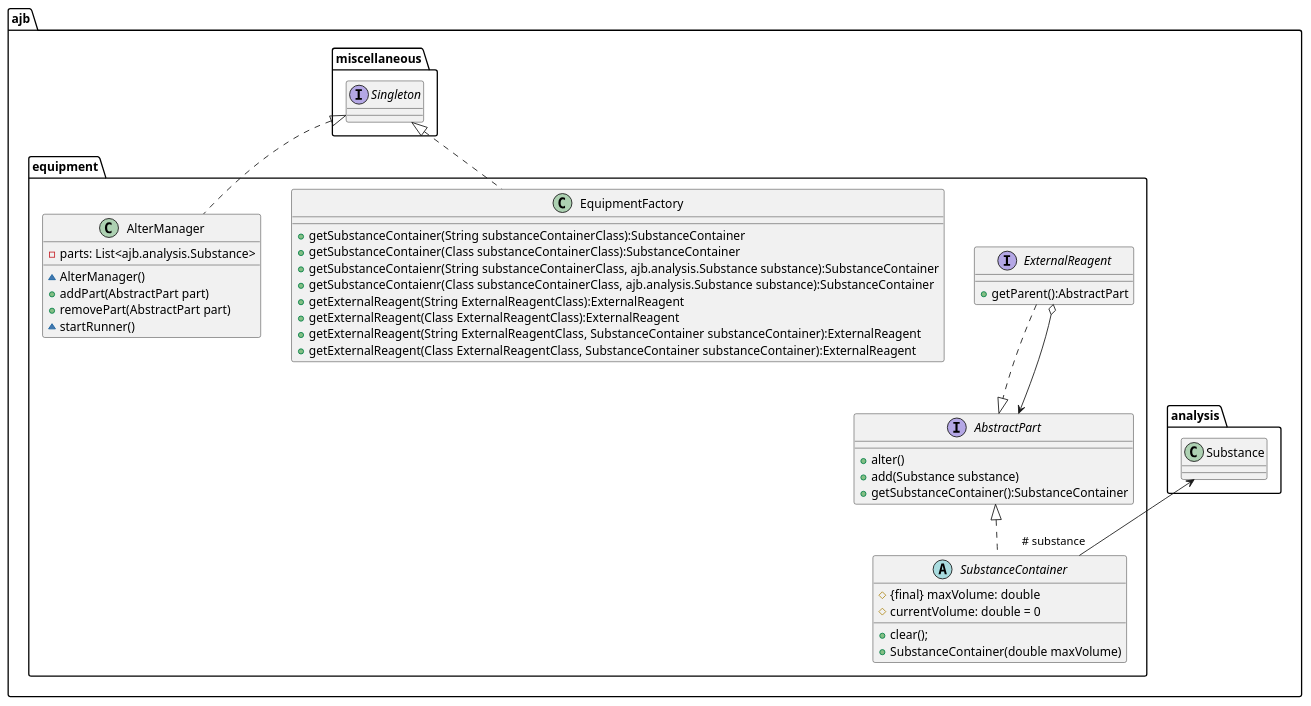
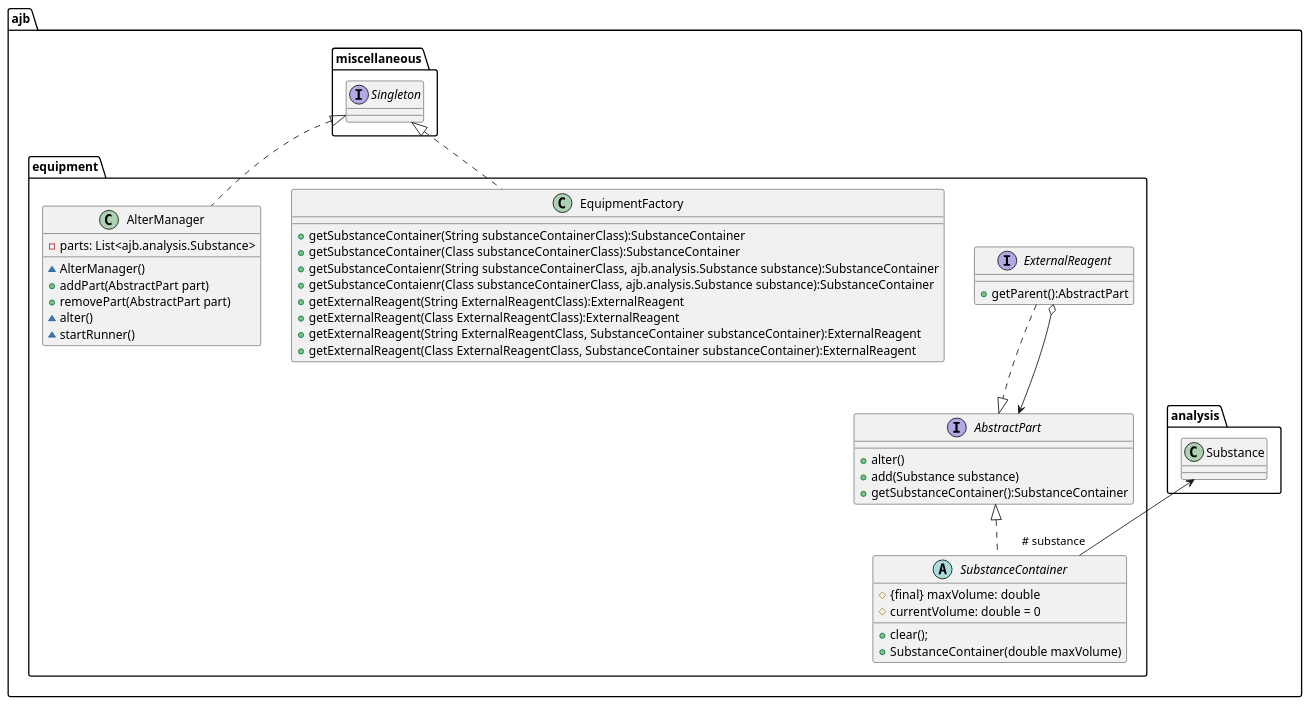
Before and after one commit to pfeilda/softwareengineeringProjekt: the diagram in Documentation/plantuml/Bausteinsicht/Ebene2/2Ebene-equipment.puml, drawn with PlantUML.

Commit message:
Added package private register function

```diff
--- a/Documentation/plantuml/Bausteinsicht/Ebene2/2Ebene-equipment.puml
+++ b/Documentation/plantuml/Bausteinsicht/Ebene2/2Ebene-equipment.puml
@@ -1,46 +1,47 @@
 @startuml
 
 namespace ajb{
     namespace equipment {
         interface AbstractPart{
             +alter()
             +add(Substance substance)
             +getSubstanceContainer():SubstanceContainer
         }
 
         interface ExternalReagent{
             +getParent():AbstractPart
         }
         ExternalReagent ..|> AbstractPart
         ExternalReagent o--> AbstractPart
 
         abstract class SubstanceContainer implements AbstractPart {
             # {final} maxVolume: double
             #currentVolume: double = 0
             +clear();
             +SubstanceContainer(double maxVolume)
         }
         SubstanceContainer " # substance" -up-> .ajb.analysis.Substance
 
         class EquipmentFactory implements .ajb.miscellaneous.Singleton {
             +getSubstanceContainer(String substanceContainerClass):SubstanceContainer
             +getSubstanceContainer(Class substanceContainerClass):SubstanceContainer
             +getSubstanceContaienr(String substanceContainerClass, ajb.analysis.Substance substance):SubstanceContainer
             +getSubstanceContaienr(Class substanceContainerClass, ajb.analysis.Substance substance):SubstanceContainer
             +getExternalReagent(String ExternalReagentClass):ExternalReagent
             +getExternalReagent(Class ExternalReagentClass):ExternalReagent
             +getExternalReagent(String ExternalReagentClass, SubstanceContainer substanceContainer):ExternalReagent
             +getExternalReagent(Class ExternalReagentClass, SubstanceContainer substanceContainer):ExternalReagent
         }
 
         class AlterManager implements .ajb.miscellaneous.Singleton {
             -parts: List<ajb.analysis.Substance>
             ~AlterManager()
             +addPart(AbstractPart part)
             +removePart(AbstractPart part)
+            ~alter()
             ~startRunner()
         }
     }
 }
 
 @enduml
```
